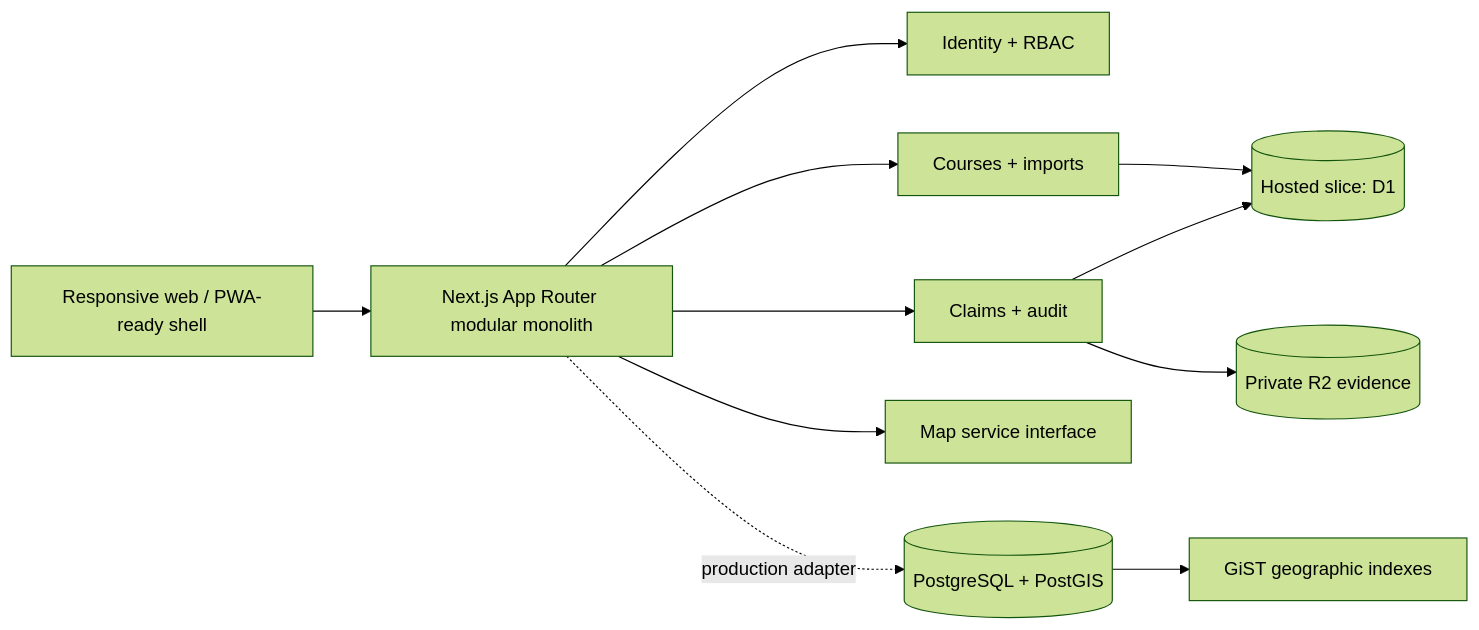
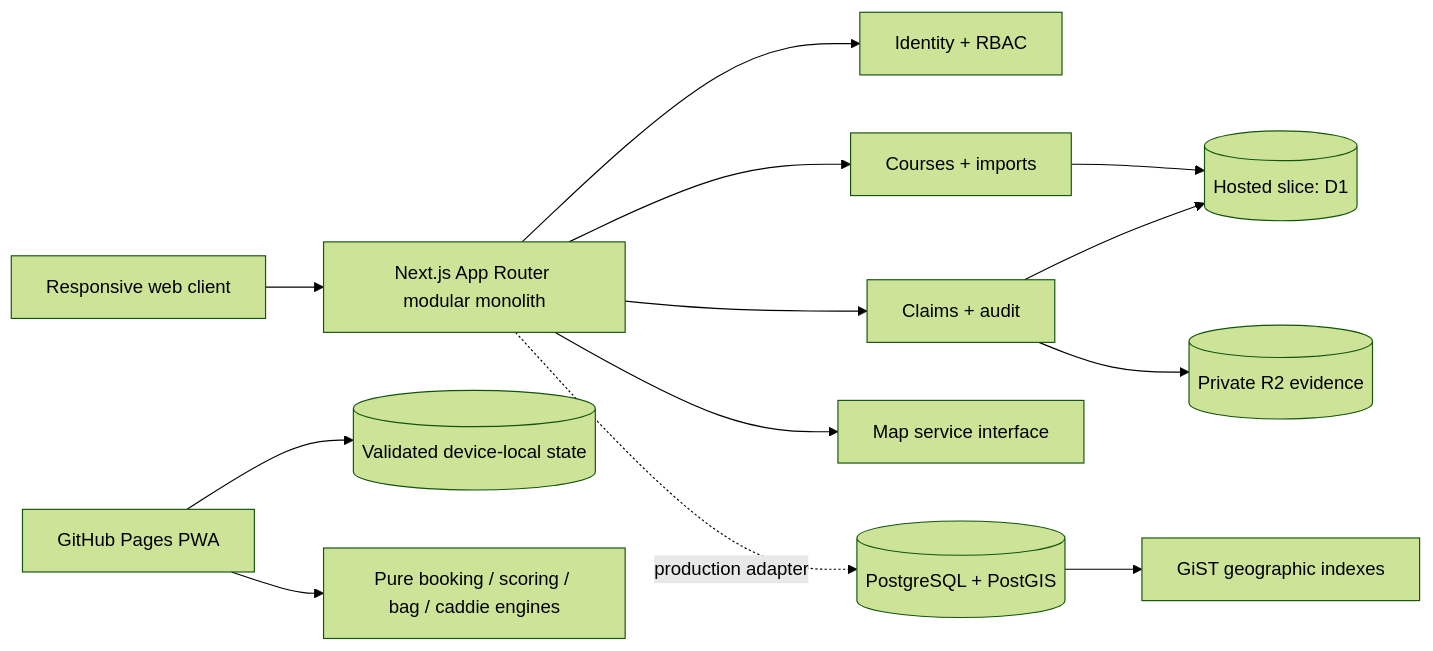
One commit to williamjblodgett/FlightForge changed the diagram in docs/ARCHITECTURE.md. Above: the diagram before and after it, drawn with Mermaid (forest theme). The commit also changed other lines of this file and 60 other files, not shown here.

Commit message:
Add interactive GitHub Pages release

````diff
--- a/docs/ARCHITECTURE.md
+++ b/docs/ARCHITECTURE.md
@@ -7,13 +7,15 @@
 ```mermaid
 flowchart LR
-  Browser[Responsive web / PWA-ready shell] --> App[Next.js App Router modular monolith]
+  Browser[Responsive web client] --> App[Next.js App Router modular monolith]
+  Pages[GitHub Pages PWA] --> Local[(Validated device-local state)]
+  Pages --> Engines[Pure booking / scoring / bag / caddie engines]
   App --> Auth[Identity + RBAC]
   App --> Courses[Courses + imports]
   App --> Claims[Claims + audit]
   App --> Maps[Map service interface]
   Courses --> D1[(Hosted slice: D1)]
   Claims --> D1
   Claims --> R2[(Private R2 evidence)]
   App -. production adapter .-> PG[(PostgreSQL + PostGIS)]
   PG --> Geo[GiST geographic indexes]
 ```
````
